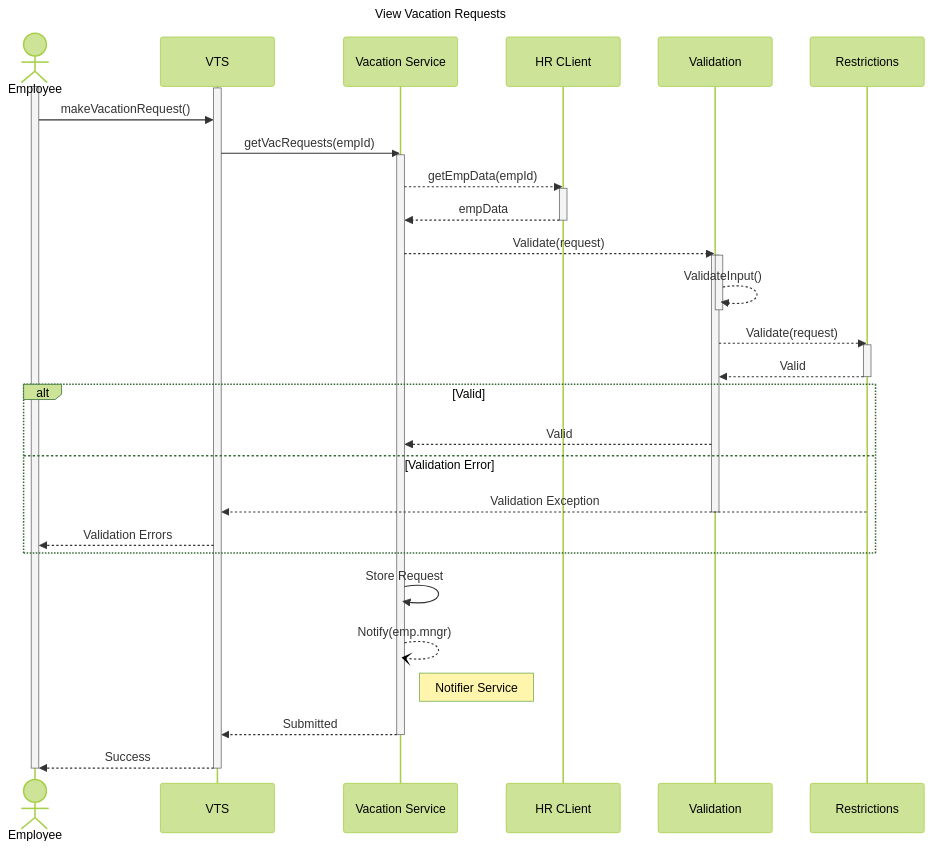
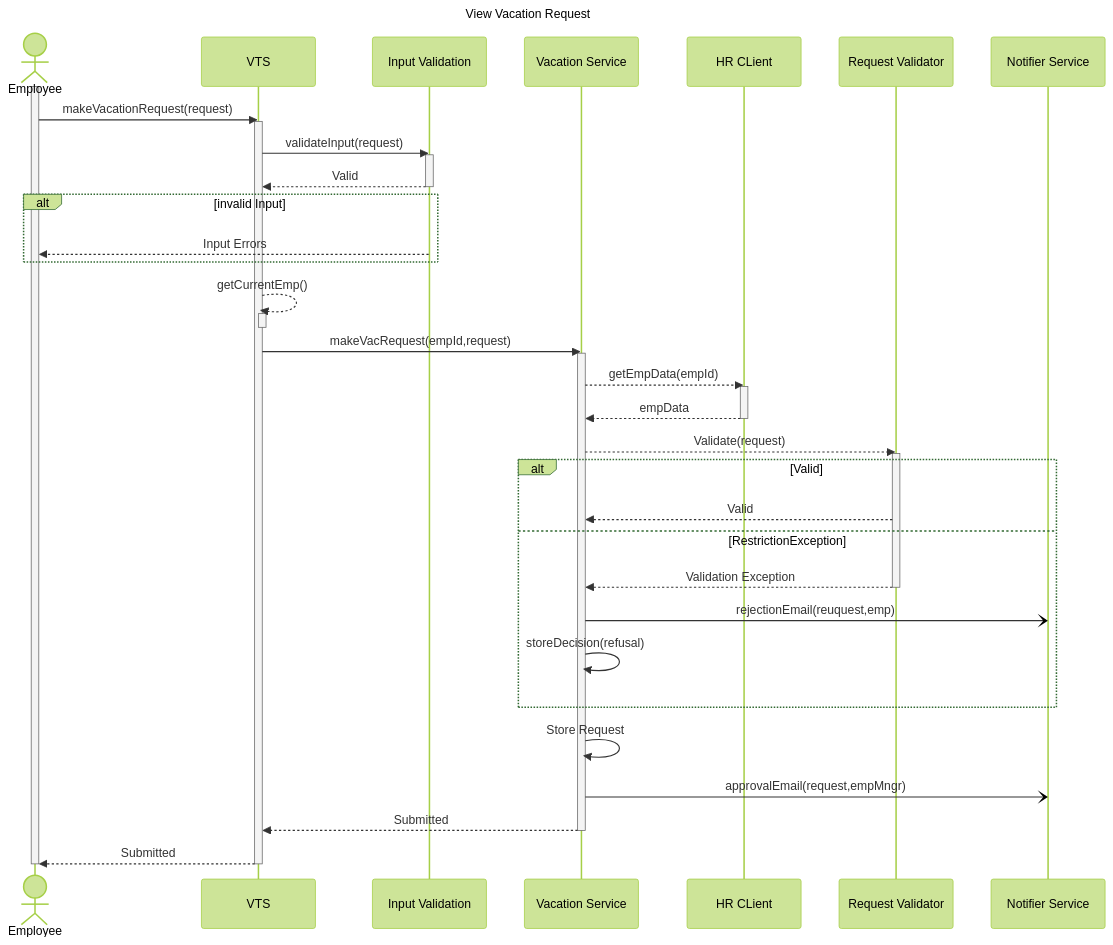
Before and after one commit to Abdelfattah97/VTS: the fourth of 4 diagrams in design.md, drawn with Mermaid (forest theme). The commit also changed other lines of this file and 1 other file, not shown here.

Commit message:
Added Pseudocode , Updated make vacation req Seq Diagram

````diff
--- a/design.md
+++ b/design.md
@@ -263,47 +277,50 @@
 ```mermaid
 sequenceDiagram
 
-title View Vacation Requests
+title View Vacation Request
 
 Actor Employee
 participant VTS
+participant Input as Input Validation
 participant Vac as Vacation Service
 participant HR as HR CLient
-participant Validation
-participant Restrictions
+participant Validation as Request Validator
+participant Notifier Service
 Activate Employee
+Employee->>VTS:makeVacationRequest(request)
 Activate VTS
-Employee->>VTS:makeVacationRequest()
-VTS->>Vac:getVacRequests(empId)
+VTS->>Input:validateInput(request)
+activate Input
+Input-->>VTS: Valid
+deactivate Input
+alt invalid Input
+Input -->> Employee: Input Errors
+end
+VTS-->>VTS:getCurrentEmp()
+Activate VTS
+Deactivate VTS
+VTS->>Vac:makeVacRequest(empId,request)
 activate Vac
 Vac -->> HR: getEmpData(empId)
 activate HR
 HR -->>Vac:empData
 deactivate HR
 Vac -->> Validation: Validate(request)
 Activate Validation
-activate Validation
-Validation -->> Validation: ValidateInput()
-Deactivate Validation
-Validation -->> Restrictions:Validate(request)
-activate Restrictions
-Restrictions -->> Validation:Valid
-deactivate Restrictions
 alt Valid
 Validation -->> Vac:Valid
-else Validation Error
-Restrictions -->> VTS: Validation Exception
+else RestrictionException
+Validation -->> Vac: Validation Exception
 deactivate Validation
-VTS -->> Employee: Validation Errors
+Vac -) Notifier Service: rejectionEmail(reuquest,emp)
+Vac ->> Vac: storeDecision(refusal)
 end
 Vac ->> Vac:Store Request
-Vac --) Vac:Notify(emp.mngr)
-note right of Vac:Notifier Service
-
+Vac -) Notifier Service:approvalEmail(request,empMngr)
 Vac-->>VTS:Submitted
 deactivate Vac
-VTS-->>Employee:Success
+VTS-->>Employee:Submitted
 Deactivate VTS
 
 Deactivate Employee
 ```
````
